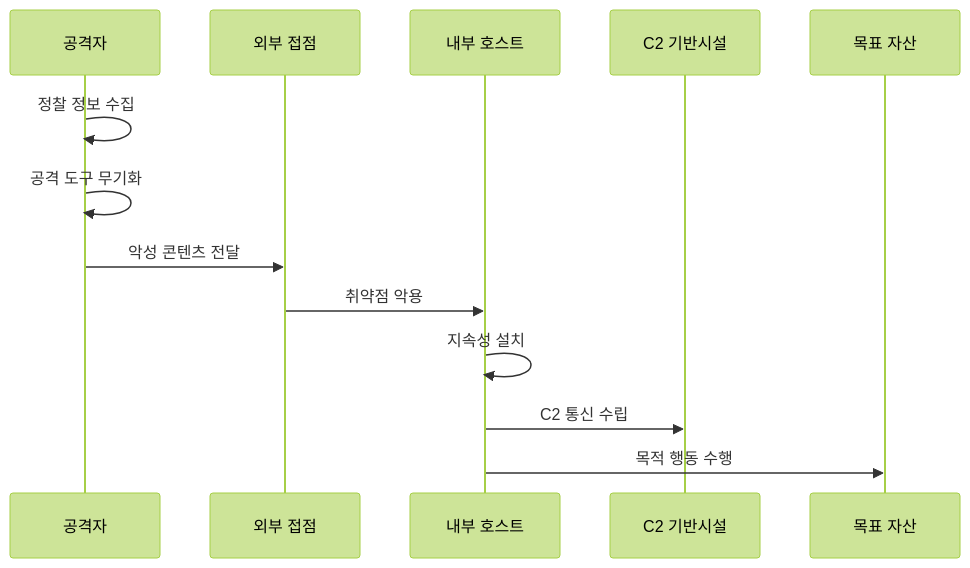
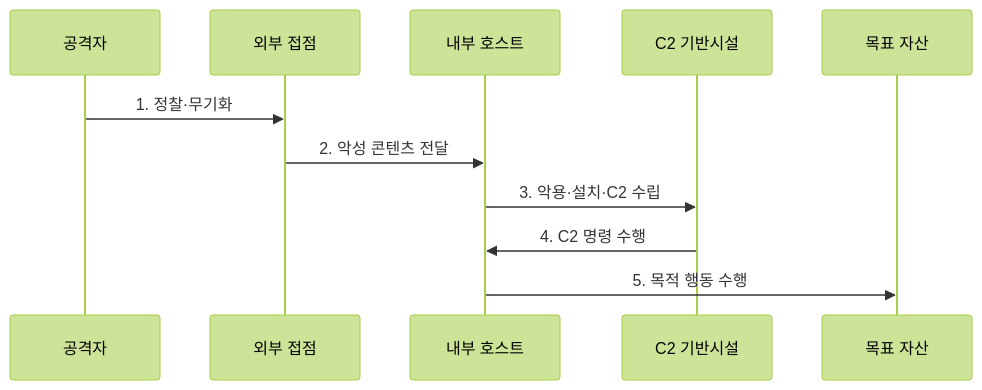
The second of 2 diagrams in src/content/docs/notes/05-security/028_cyber_kill_chain.md (agnusdei1207/knowledge-base), drawn with Mermaid (forest theme) before and after one commit. The commit also changed other lines of this file and 11 other files, not shown here.

````diff
--- a/src/content/docs/notes/05-security/028_cyber_kill_chain.md
+++ b/src/content/docs/notes/05-security/028_cyber_kill_chain.md
@@ -86,15 +84,13 @@
 ```mermaid
 sequenceDiagram
     participant A as 공격자
     participant O as 외부 접점
     participant H as 내부 호스트
     participant C as C2 기반시설
     participant T as 목표 자산
-    A->>A: 정찰 정보 수집
-    A->>A: 공격 도구 무기화
-    A->>O: 악성 콘텐츠 전달
-    O->>H: 취약점 악용
-    H->>H: 지속성 설치
-    H->>C: C2 통신 수립
-    H->>T: 목적 행동 수행
+    A->>O: 1. 정찰·무기화
+    O->>H: 2. 악성 콘텐츠 전달
+    H->>C: 3. 악용·설치·C2 수립
+    C->>H: 4. C2 명령 수행
+    H->>T: 5. 목적 행동 수행
 ```
````
